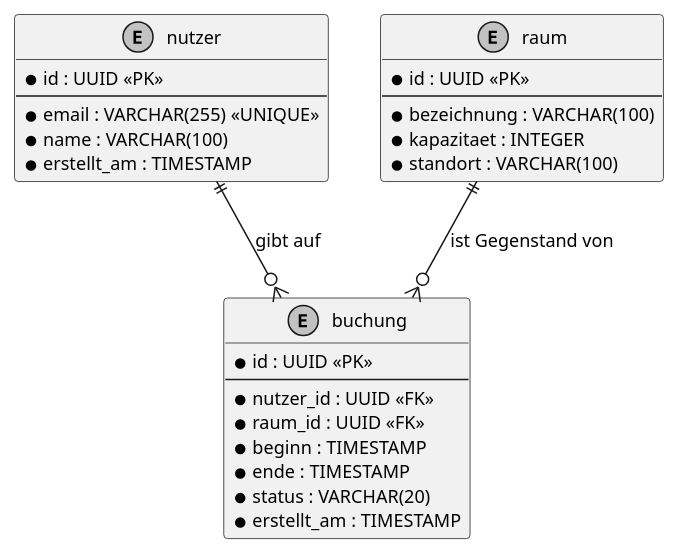
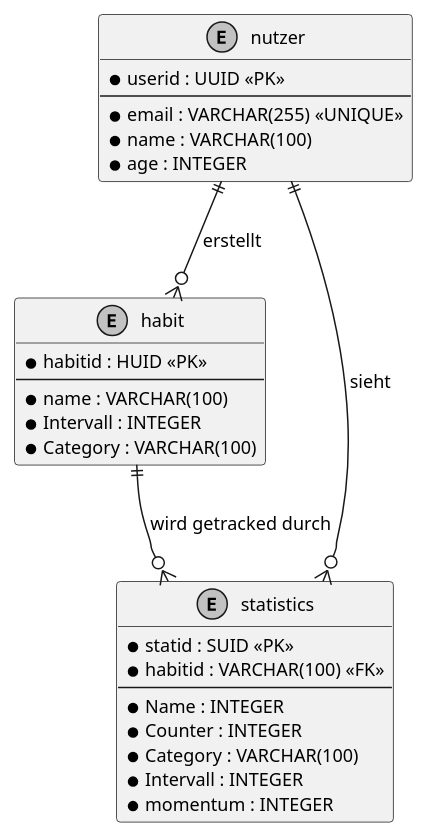
One commit to nac1dy/Habit-Tracker changed the fifth of 5 diagrams in docs/technical/design.adoc. Above: the diagram before and after it, drawn with PlantUML. The commit also changed other lines of this file and 1 other file, not shown here.

Commit message:
PLEASE REVIEW Update architecture and design documentation for Habito system components and interactions

```diff
--- a/docs/technical/design.adoc
+++ b/docs/technical/design.adoc
@@ -258,38 +244,41 @@
 [plantuml, data-model, svg]
 ....
 @startuml
 skinparam monochrome true
 skinparam defaultFontSize 12
 
 entity "nutzer" as user {
-  * id : UUID <<PK>>
+  * userid : UUID <<PK>>
   --
   * email : VARCHAR(255) <<UNIQUE>>
   * name : VARCHAR(100)
-  * erstellt_am : TIMESTAMP
+  * age : INTEGER
 }
 
-entity "raum" as room {
-  * id : UUID <<PK>>
+entity "habit" as habit {
+  * habitid : HUID <<PK>>
   --
-  * bezeichnung : VARCHAR(100)
-  * kapazitaet : INTEGER
-  * standort : VARCHAR(100)
+  * name : VARCHAR(100)
+  * Intervall : INTEGER
+  * Category : VARCHAR(100)
 }
 
-entity "buchung" as booking {
-  * id : UUID <<PK>>
+entity "statistics" as stats {
+  * statid : SUID <<PK>>
+  * habitid : VARCHAR(100) <<FK>>
   --
-  * nutzer_id : UUID <<FK>>
-  * raum_id : UUID <<FK>>
-  * beginn : TIMESTAMP
-  * ende : TIMESTAMP
-  * status : VARCHAR(20)
-  * erstellt_am : TIMESTAMP
+  * Name : INTEGER
+  * Counter : INTEGER
+  * Category : VARCHAR(100)
+  * Intervall : INTEGER
+  * momentum : INTEGER
 }
 
-user ||--o{ booking : "gibt auf"
-room ||--o{ booking : "ist Gegenstand von"
+
+user ||--o{ habit : "erstellt"
+habit ||--o{ stats : "wird getracked durch"
+user ||--o{ stats : "sieht"
+
 
 @enduml
 ....
```
